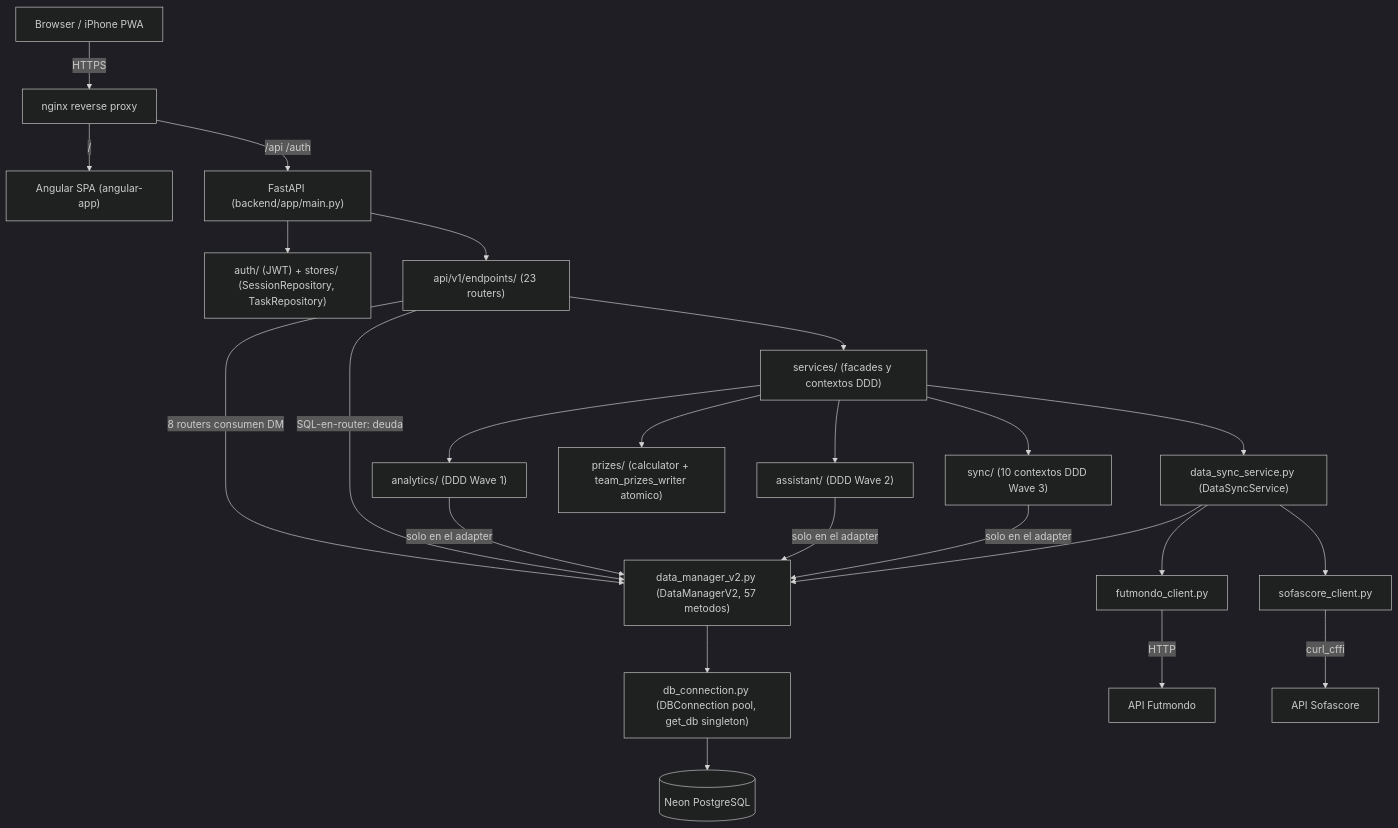
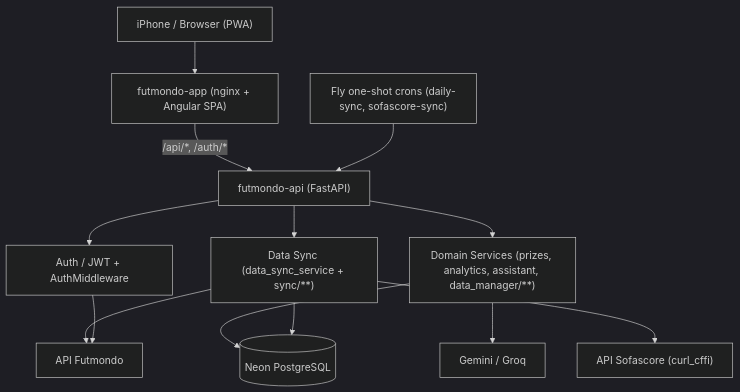
One commit to Mutinho/futmondo-analytics changed the first of 4 diagrams in aidlc/spaces/default/codekb/futmondo-analytics/architecture.md. Above: the diagram before and after it, drawn with Mermaid (dark theme). The commit also changed other lines of this file and 51 other files, not shown here.

````diff
--- a/aidlc/spaces/default/codekb/futmondo-analytics/architecture.md
+++ b/aidlc/spaces/default/codekb/futmondo-analytics/architecture.md
@@ -66,31 +29,27 @@
 ```mermaid
 graph TD
-  Browser["Browser / iPhone PWA"] -->|HTTPS| Nginx["nginx reverse proxy"]
-  Nginx -->|/| NG["Angular SPA (angular-app)"]
-  Nginx -->|/api /auth| API["FastAPI (backend/app/main.py)"]
+  Browser["iPhone / Browser (PWA)"]
+  Nginx["futmondo-app (nginx + Angular SPA)"]
+  API["futmondo-api (FastAPI)"]
+  Auth["Auth / JWT + AuthMiddleware"]
+  Domain["Domain Services (prizes, analytics, assistant, data_manager/**)"]
+  Sync["Data Sync (data_sync_service + sync/**)"]
+  DB[("Neon PostgreSQL")]
+  Futmondo["API Futmondo"]
+  Sofascore["API Sofascore (curl_cffi)"]
+  AI["Gemini / Groq"]
+  Cron["Fly one-shot crons (daily-sync, sofascore-sync)"]
 
-  API --> Auth["auth/ (JWT) + stores/ (SessionRepository, TaskRepository)"]
-  API --> Routers["api/v1/endpoints/ (23 routers)"]
-
-  Routers -->|8 routers consumen DM| DM["data_manager_v2.py (DataManagerV2, 57 metodos)"]
-  Routers --> Services["services/ (facades y contextos DDD)"]
-  Routers -->|SQL-en-router: deuda| DM
-
-  Services --> Analytics["analytics/ (DDD Wave 1)"]
-  Services --> Assistant["assistant/ (DDD Wave 2)"]
-  Services --> SyncPkg["sync/ (10 contextos DDD Wave 3)"]
-  Services --> Prizes["prizes/ (calculator + team_prizes_writer atomico)"]
-  Services --> DSS["data_sync_service.py (DataSyncService)"]
-
-  Analytics -->|solo en el adapter| DM
-  Assistant -->|solo en el adapter| DM
-  SyncPkg -->|solo en el adapter| DM
-  DSS --> DM
-  DSS --> FClient["futmondo_client.py"]
-  DSS --> SClient["sofascore_client.py"]
-
-  DM --> DBConn["db_connection.py (DBConnection pool, get_db singleton)"]
-  DBConn --> Neon[("Neon PostgreSQL")]
-  FClient -->|HTTP| Futmondo["API Futmondo"]
-  SClient -->|curl_cffi| Sofascore["API Sofascore"]
+  Browser --> Nginx
+  Nginx -->|/api/*, /auth/*| API
+  API --> Auth
+  API --> Domain
+  API --> Sync
+  Domain --> DB
+  Sync --> DB
+  Sync --> Futmondo
+  Sync --> Sofascore
+  Domain --> AI
+  Auth --> Futmondo
+  Cron --> API
 ```
````
